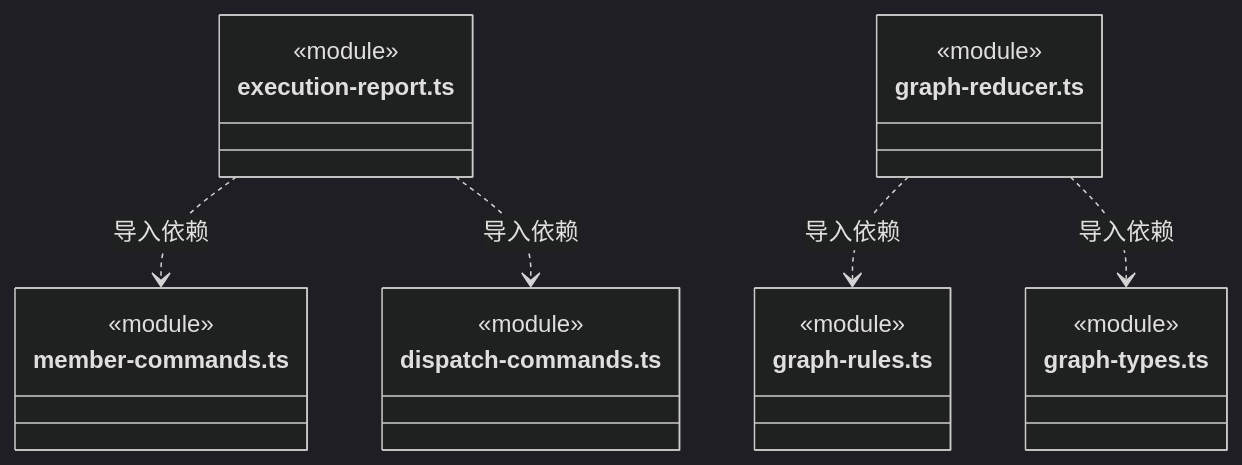
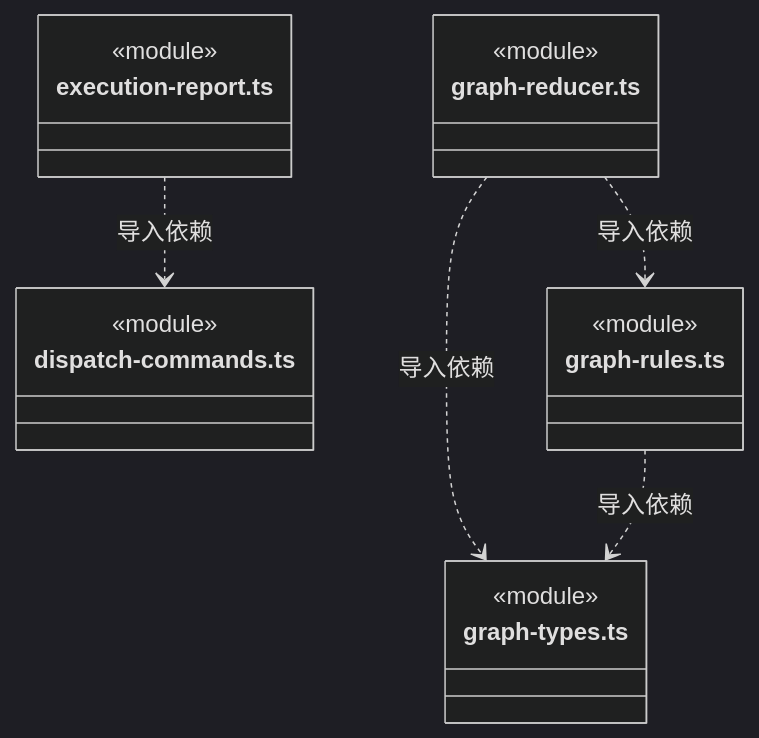
Before and after one commit to nan023062/cbim: diagram 49 of 56 in src/backend/core/tasks/ARCHITECTURE.md, drawn with Mermaid (dark theme). The commit also changed other lines of this file and 53 other files, not shown here.

````diff
--- a/src/backend/core/tasks/ARCHITECTURE.md
+++ b/src/backend/core/tasks/ARCHITECTURE.md
@@ -1124,25 +1232,22 @@
 ```mermaid
 classDiagram
 class N_src_backend_core_tasks_execution_report_ts["execution-report.ts"] {
-  <<module>>
-}
-class N_src_backend_core_tasks_member_commands_ts["member-commands.ts"] {
   <<module>>
 }
 class N_src_backend_core_tasks_dispatch_commands_ts["dispatch-commands.ts"] {
   <<module>>
 }
 class N_src_backend_core_tasks_graph_reducer_ts["graph-reducer.ts"] {
   <<module>>
 }
 class N_src_backend_core_tasks_graph_rules_ts["graph-rules.ts"] {
   <<module>>
 }
 class N_src_backend_core_tasks_graph_types_ts["graph-types.ts"] {
   <<module>>
 }
-N_src_backend_core_tasks_execution_report_ts ..> N_src_backend_core_tasks_member_commands_ts : 导入依赖
 N_src_backend_core_tasks_execution_report_ts ..> N_src_backend_core_tasks_dispatch_commands_ts : 导入依赖
 N_src_backend_core_tasks_graph_reducer_ts ..> N_src_backend_core_tasks_graph_rules_ts : 导入依赖
 N_src_backend_core_tasks_graph_reducer_ts ..> N_src_backend_core_tasks_graph_types_ts : 导入依赖
+N_src_backend_core_tasks_graph_rules_ts ..> N_src_backend_core_tasks_graph_types_ts : 导入依赖
 ```
````
